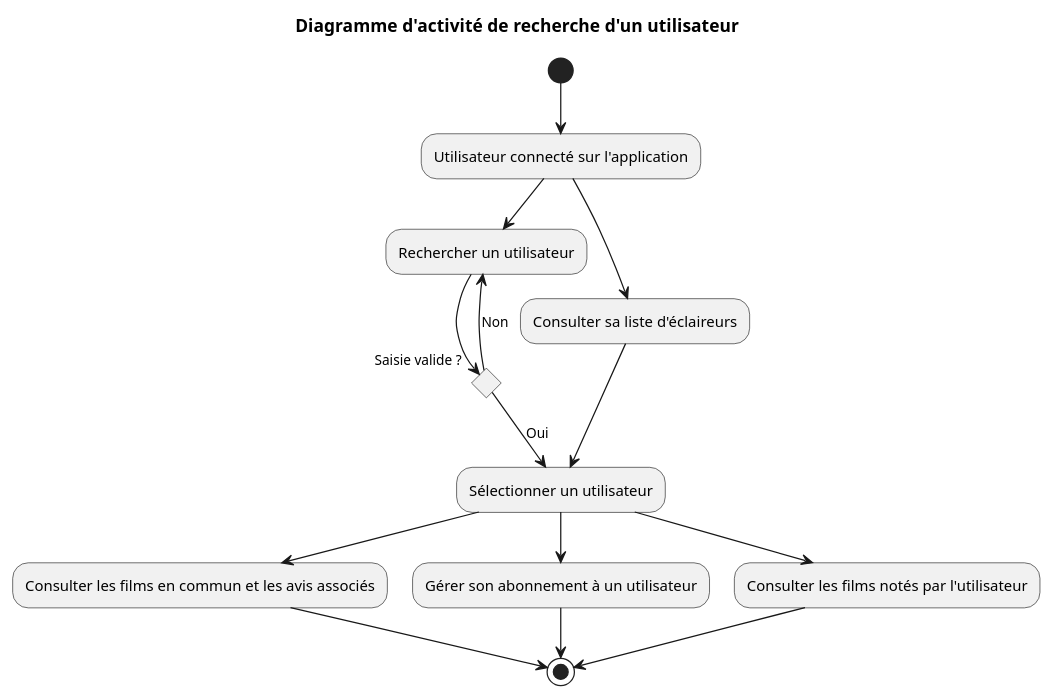
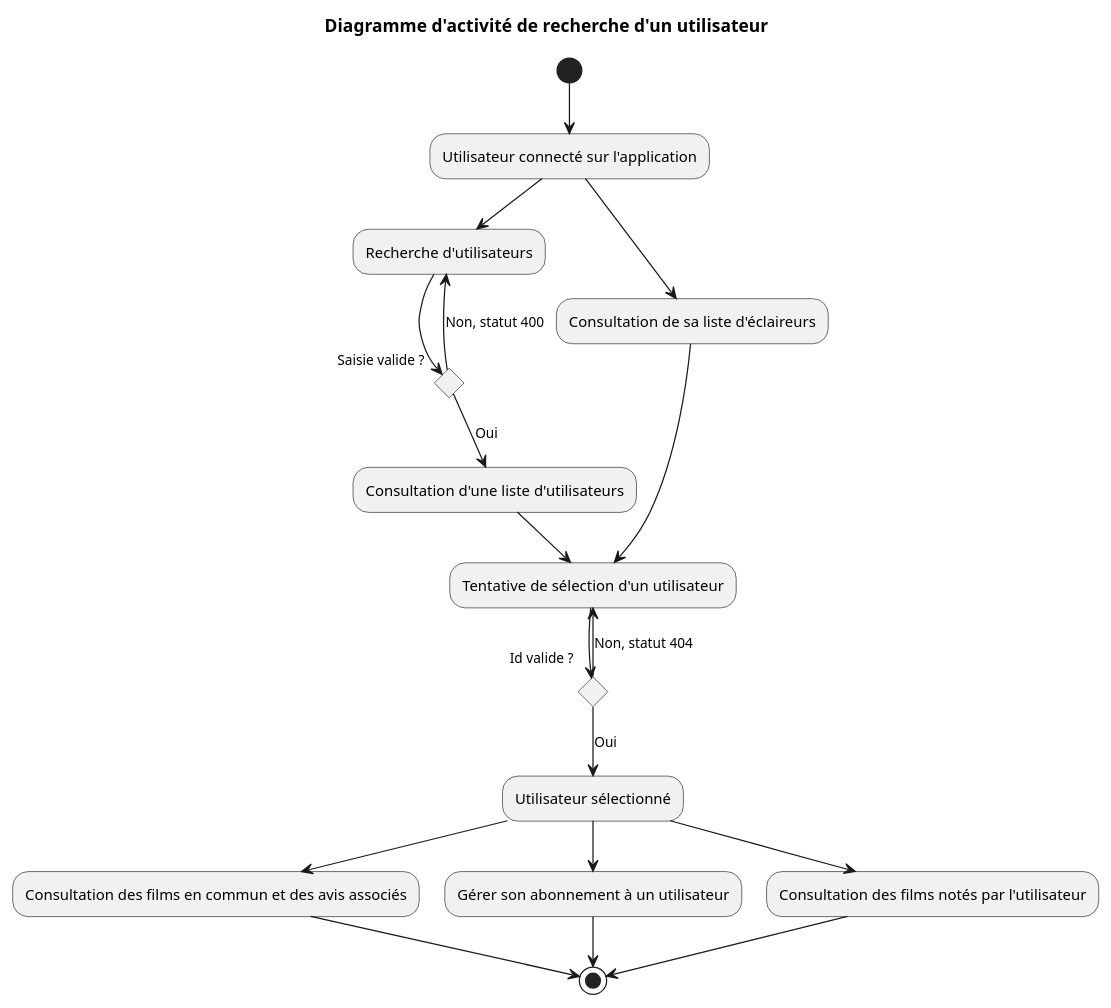
One commit to id2380/Projet2A_Template changed the diagram in doc/Diagrammes d'activité/RechercheUtilisateurs.puml. Above: the diagram before and after it, drawn with PlantUML. The commit also changed 4 other files, not shown here.

Commit message:
Modification des diagrammes d'activité'

```diff
--- a/doc/Diagrammes d'activité/RechercheUtilisateurs.puml
+++ b/doc/Diagrammes d'activité/RechercheUtilisateurs.puml
@@ -1,25 +1,33 @@
 @startuml Diagramme d'activité de recherche d'un utilisateur
 title Diagramme d'activité de recherche d'un utilisateur
 
 (*) -down-> "Utilisateur connecté sur l'application"
 
-"Utilisateur connecté sur l'application" --> "Rechercher un utilisateur"
-"Utilisateur connecté sur l'application" --> "Consulter sa liste d'éclaireurs"
+"Utilisateur connecté sur l'application" --> "Recherche d'utilisateurs"
+"Utilisateur connecté sur l'application" --> "Consultation de sa liste d'éclaireurs"
 
 
-"Rechercher un utilisateur" --> if "Saisie valide ?" then
-  -down->[Oui] "Sélectionner un utilisateur"
+"Recherche d'utilisateurs" --> if "Saisie valide ?" then
+  -down->[Oui] "Consultation d'une liste d'utilisateurs"
 else
-  -->[Non] "Rechercher un utilisateur"
+  -->[Non, statut 400] "Recherche d'utilisateurs"
 endif
 
-"Consulter sa liste d'éclaireurs" --> "Sélectionner un utilisateur"
+"Consultation d'une liste d'utilisateurs" --> "Tentative de sélection d'un utilisateur"
+"Consultation de sa liste d'éclaireurs" --> "Tentative de sélection d'un utilisateur"
 
-"Sélectionner un utilisateur" --> "Consulter les films en commun et les avis associés"
-"Sélectionner un utilisateur" --> "Gérer son abonnement à un utilisateur"
-"Sélectionner un utilisateur" --> "Consulter les films notés par l'utilisateur"
+"Tentative de sélection d'un utilisateur" --> if "Id valide ?" then
+  -down->[Oui] "Utilisateur sélectionné"
+else
+  -->[Non, statut 404] "Tentative de sélection d'un utilisateur"
+endif
 
-"Consulter les films en commun et les avis associés" -->(*)
+
+"Utilisateur sélectionné" --> "Consultation des films en commun et des avis associés"
+"Utilisateur sélectionné" --> "Gérer son abonnement à un utilisateur"
+"Utilisateur sélectionné" --> "Consultation des films notés par l'utilisateur"
+
+"Consultation des films en commun et des avis associés" -->(*)
 "Gérer son abonnement à un utilisateur" -->(*)
-"Consulter les films notés par l'utilisateur" -->(*)
+"Consultation des films notés par l'utilisateur" -->(*)
 @enduml
```
